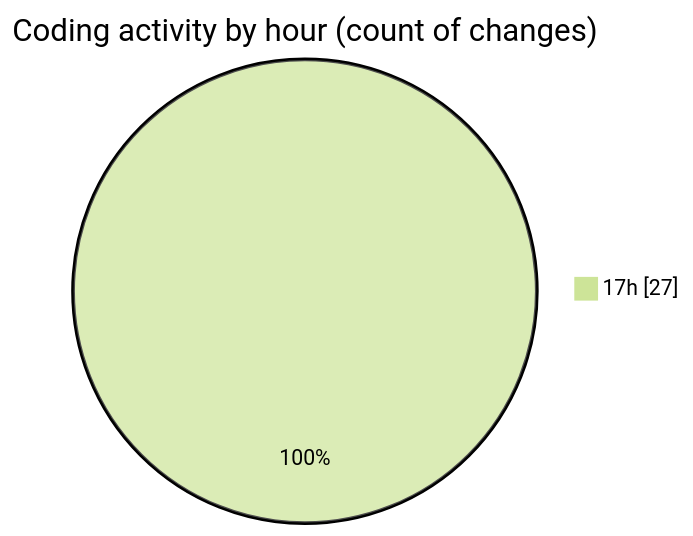
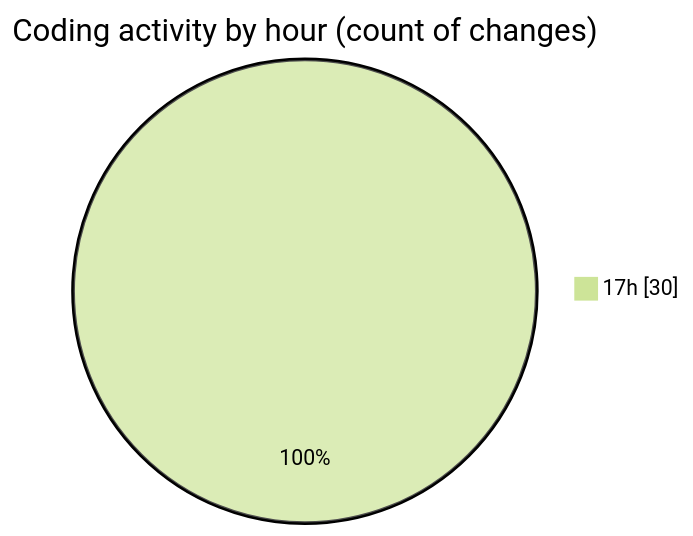
One commit to idhammustaqopulfikri/code-tracking changed the second of 2 diagrams in 2025-11-11/futsal/README.md. Above: the diagram before and after it, drawn with Mermaid (forest theme). The commit also changed other lines of this file and 1 other file, not shown here.

````diff
--- a/2025-11-11/futsal/README.md
+++ b/2025-11-11/futsal/README.md
@@ -42,5 +44,5 @@
 ```mermaid
 pie showData
 title Coding activity by hour (count of changes)
-"17h" : 27
+"17h" : 30
 ```
````
